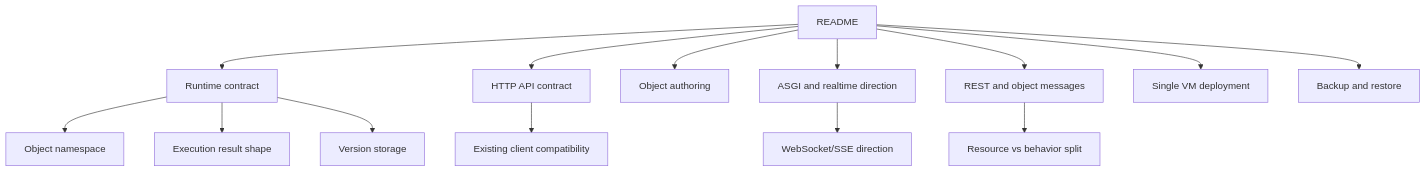
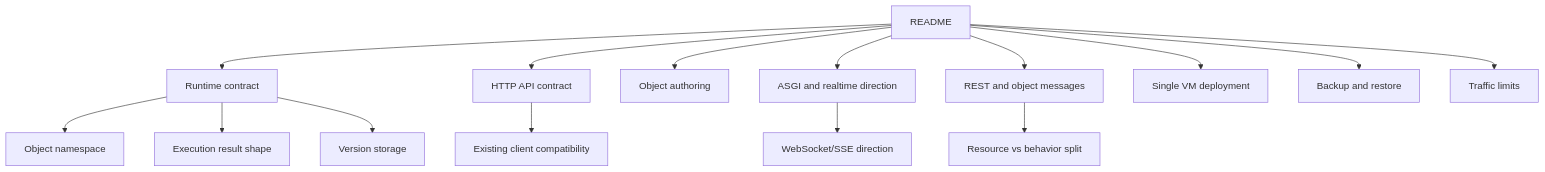
One commit to askrobots/dbbasic-object-server changed the diagram in docs/README.md. Above: the diagram before and after it, drawn with Mermaid. The commit also changed other lines of this file and 6 other files, not shown here.

````diff
--- a/docs/README.md
+++ b/docs/README.md
@@ -9,18 +9,19 @@
 ```mermaid
 flowchart TD
     A["README"] --> B["Runtime contract"]
     A --> C["HTTP API contract"]
     A --> M["Object authoring"]
     A --> D["ASGI and realtime direction"]
     A --> E["REST and object messages"]
     A --> L["Single VM deployment"]
     A --> N["Backup and restore"]
+    A --> O["Traffic limits"]
 
     B --> F["Object namespace"]
     B --> G["Execution result shape"]
     B --> H["Version storage"]
 
     C --> I["Existing client compatibility"]
     D --> J["WebSocket/SSE direction"]
     E --> K["Resource vs behavior split"]
 ```
````
